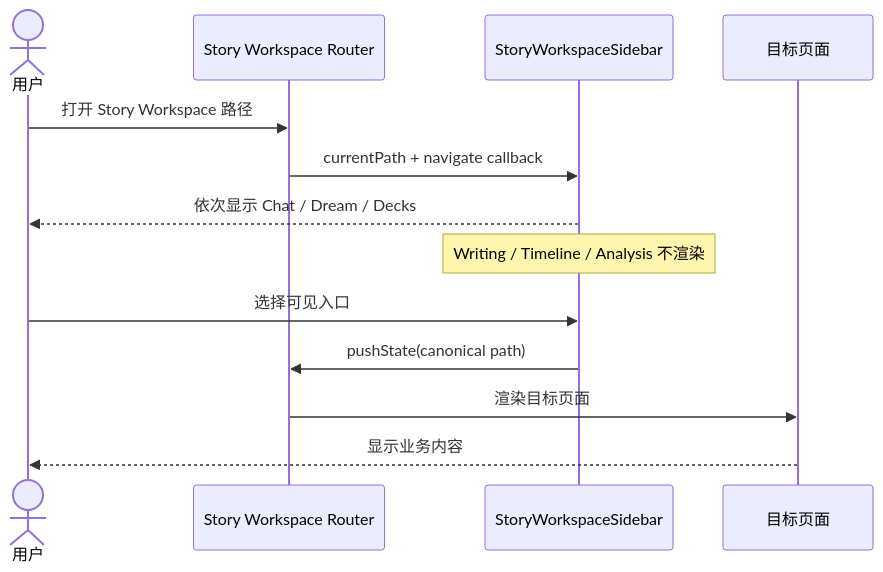
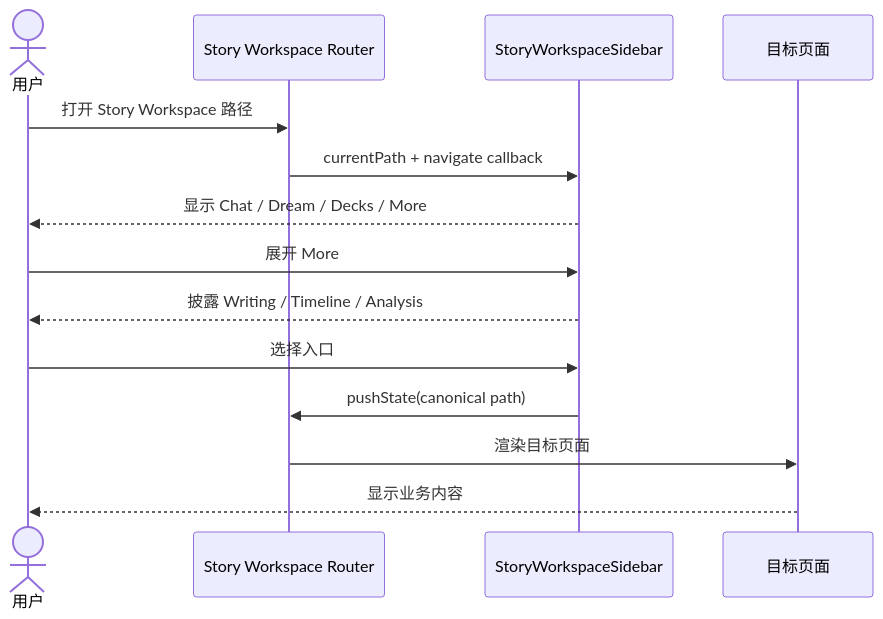
Before and after one commit to glide-the/im-dream: the second of 6 diagrams in docs/design/story-workspace/chat-first-deck-defaults.md, drawn with Mermaid. The commit also changed other lines of this file and 8 other files, not shown here.

````diff
--- a/docs/design/story-workspace/chat-first-deck-defaults.md
+++ b/docs/design/story-workspace/chat-first-deck-defaults.md
@@ -175,15 +170,16 @@
 ```mermaid
 sequenceDiagram
     actor U as 用户
     participant R as Story Workspace Router
     participant S as StoryWorkspaceSidebar
     participant P as 目标页面
     U->>R: 打开 Story Workspace 路径
     R->>S: currentPath + navigate callback
-    S-->>U: 依次显示 Chat / Dream / Decks
-    Note over S: Writing / Timeline / Analysis 不渲染
-    U->>S: 选择可见入口
+    S-->>U: 显示 Chat / Dream / Decks / More
+    U->>S: 展开 More
+    S-->>U: 披露 Writing / Timeline / Analysis
+    U->>S: 选择入口
     S->>R: pushState(canonical path)
     R->>P: 渲染目标页面
     P-->>U: 显示业务内容
 ```
````
